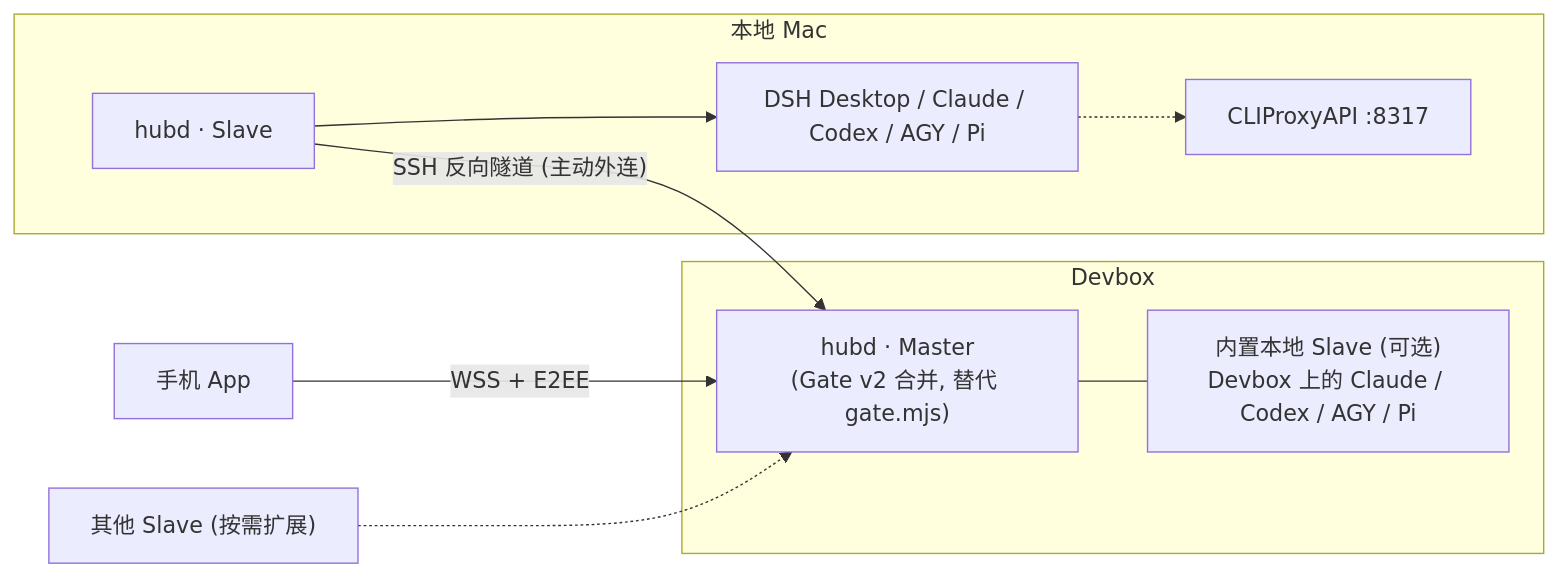
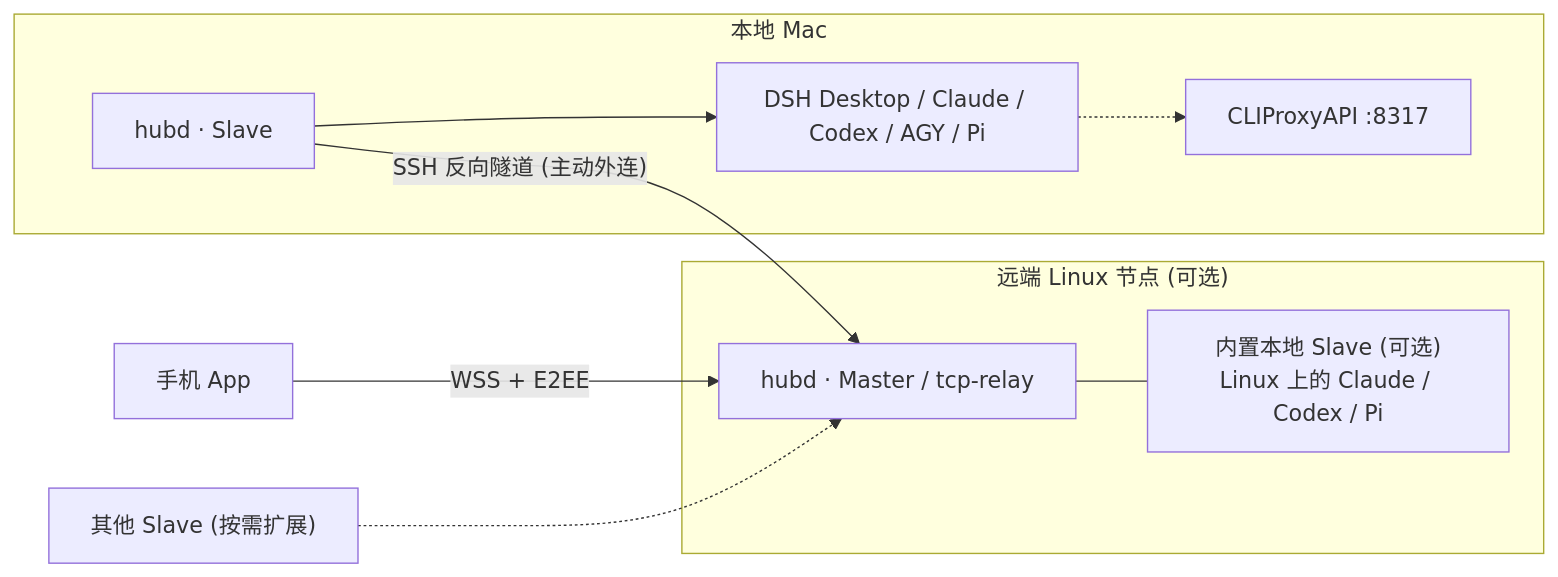
The third of 6 diagrams in docs/PLAN.md (letrahoo/lework), drawn with Mermaid before and after one commit. The commit also changed other lines of this file and 52 other files, not shown here.

Commit message:
refactor: unify dev.lework / @lework/* naming and abstract pluggable RFC 8628 OAuth device flow

````diff
--- a/docs/PLAN.md
+++ b/docs/PLAN.md
@@ -202,21 +202,21 @@
 ```mermaid
 flowchart LR
     App["手机 App"] -- "WSS + E2EE" --> M
 
-    subgraph Devbox["Devbox"]
-        M["hubd · Master<br/>(Gate v2 合并, 替代 gate.mjs)"]
-        MS["内置本地 Slave (可选)<br/>Devbox 上的 Claude / Codex / AGY / Pi"]
+    subgraph RelayHost["远端 Linux 节点 (可选)"]
+        M["hubd · Master / tcp-relay"]
+        MS["内置本地 Slave (可选)<br/>Linux 上的 Claude / Codex / Pi"]
         M --- MS
     end
 
     subgraph Mac["本地 Mac"]
         S1["hubd · Slave"]
         SE["DSH Desktop / Claude / Codex / AGY / Pi"]
         CPA["CLIProxyAPI :8317"]
         S1 --> SE
         SE -.-> CPA
     end
 
     S1 -- "SSH 反向隧道 (主动外连)" --> M
     More["其他 Slave (按需扩展)"] -.-> M
 ```
````
